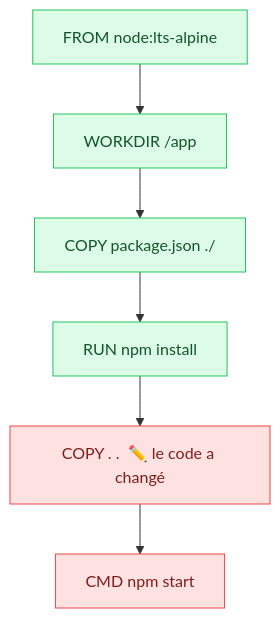
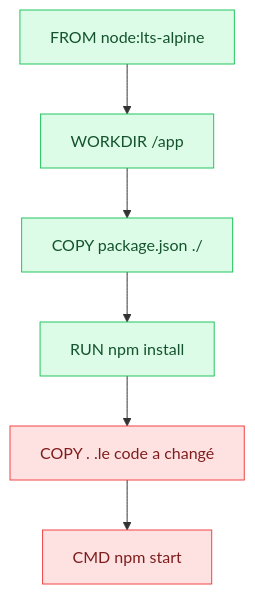
One commit to GoobyWoobies/HEIA-IT changed the third of 4 diagrams in methodologie-securite-it/docker/04-dockerfile.md. Above: the diagram before and after it, drawn with Mermaid. The commit also changed other lines of this file and 24 other files, not shown here.

````diff
--- a/methodologie-securite-it/docker/04-dockerfile.md
+++ b/methodologie-securite-it/docker/04-dockerfile.md
@@ -202,15 +202,15 @@
 ```mermaid
 flowchart TB
     A["FROM node:lts-alpine"] --> B["WORKDIR /app"]
     B --> C["COPY package.json ./"]
     C --> D["RUN npm install"]
-    D --> E["COPY . .  ✏️ le code a changé"]
+    D --> E["COPY . .le code a changé"]
     E --> F["CMD npm start"]
 
     style A fill:#dcfce7,stroke:#22c55e,color:#14532d
     style B fill:#dcfce7,stroke:#22c55e,color:#14532d
     style C fill:#dcfce7,stroke:#22c55e,color:#14532d
     style D fill:#dcfce7,stroke:#22c55e,color:#14532d
     style E fill:#fee2e2,stroke:#ef4444,color:#7f1d1d
     style F fill:#fee2e2,stroke:#ef4444,color:#7f1d1d
 ```
````
